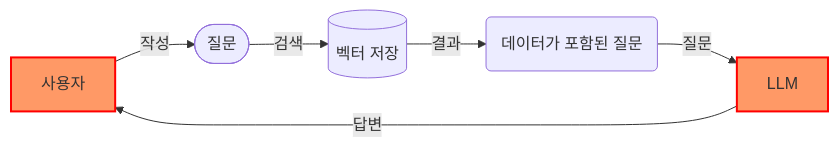
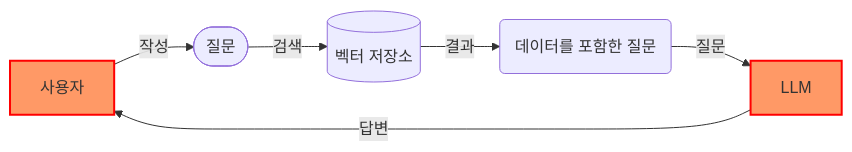
One commit to realbits-lab/gitbook changed the diagram in ko/realbits/overview.md. Above: the diagram before and after it, drawn with Mermaid. The commit also changed other lines of this file, not shown here.

````diff
--- a/ko/realbits/overview.md
+++ b/ko/realbits/overview.md
@@ -17,11 +19,11 @@
 ```mermaid
 graph LR
   style U fill:#f96,stroke:#f00,stroke-width:2px
   style L fill:#f96,stroke:#f00,stroke-width:2px
 
   U["사용자"] -->|작성|Q(["질문"])
-  Q -->|검색|V[("벡터 저장")]
-  V -->|결과|T("데이터가 포함된 질문")
+  Q -->|검색|V[("벡터 저장소")]
+  V -->|결과|T("데이터를 포함한 질문")
   T -->|질문|L["LLM"]
   L -->|답변|U
 ```
````
